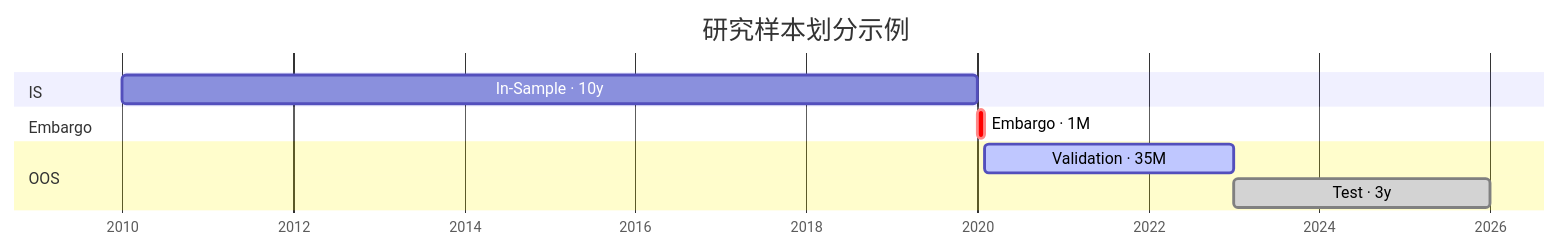
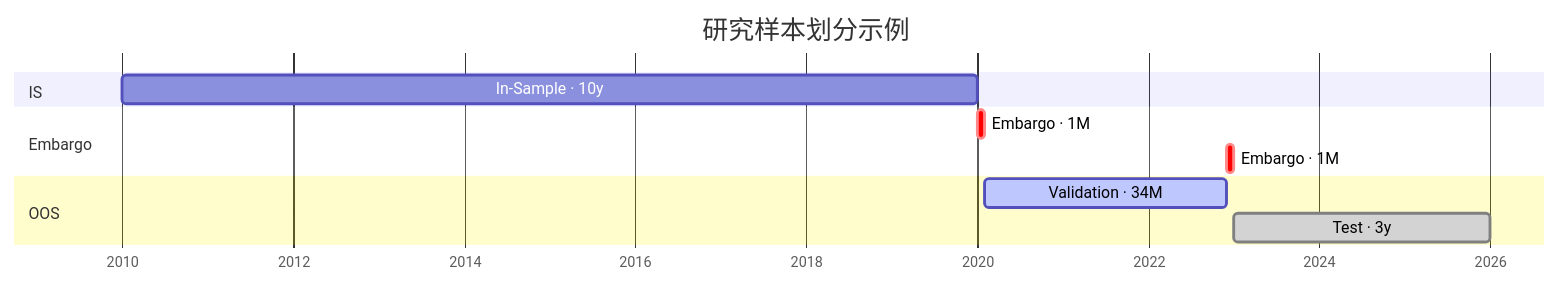
Before and after one commit to shjunz/factor-based-strategies: the second of 2 diagrams in research_spec.md, drawn with Mermaid. The commit also changed other lines of this file and 2 other files, not shown here.

````diff
--- a/research_spec.md
+++ b/research_spec.md
@@ -777,15 +755,16 @@
 ```mermaid
 gantt
     title 研究样本划分示例
     dateFormat YYYY-MM
     axisFormat %Y
     tickInterval 1year
 
     section IS
     In-Sample · 10y         :is,   2010-01, 2020-01
     section Embargo
     Embargo · 1M            :crit, emb, 2020-01, 2020-02
+    Embargo · 1M            :crit, emb2, 2022-12, 2023-01
     section OOS
-    Validation · 35M        :active, val, 2020-02, 2023-01
+    Validation · 34M        :active, val, 2020-02, 2022-12
     Test · 3y               :done, test, 2023-01, 2026-01
 ```
````
